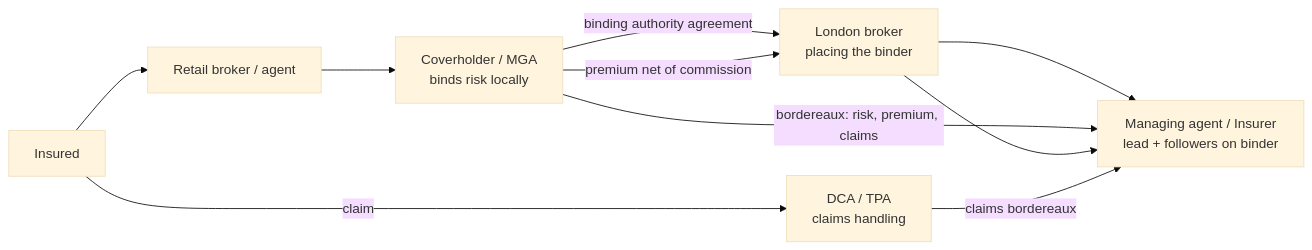
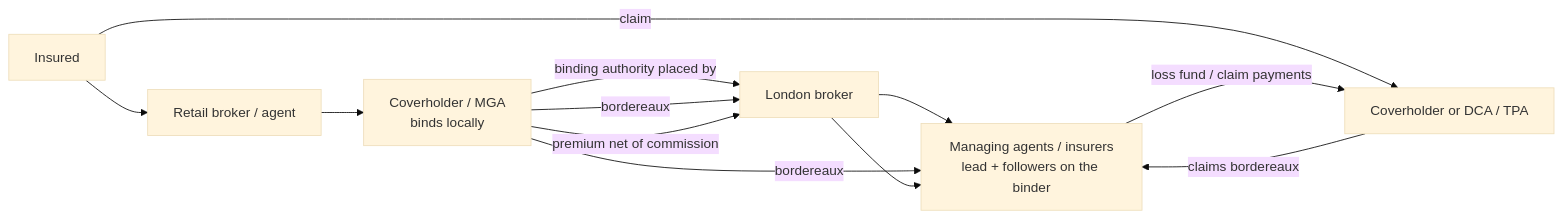
One commit to gazal-gupta/Insurance-Domain changed the first of 2 diagrams in london-market-lloyds-guide/05-Intermediate-Delegated-Authority.md. Above: the diagram before and after it, drawn with Mermaid (base theme). The commit also changed other lines of this file, not shown here.

First line of the commit message:
Rewrite chapter 05 delegated authority in full detail

````diff
--- a/london-market-lloyds-guide/05-Intermediate-Delegated-Authority.md
+++ b/london-market-lloyds-guide/05-Intermediate-Delegated-Authority.md
@@ -27,11 +46,13 @@
 ```mermaid
 flowchart LR
   I[Insured] --> RB[Retail broker / agent]
-  RB --> CH[Coverholder / MGA<br/>binds risk locally]
-  CH -- binding authority agreement --> LB[London broker<br/>placing the binder]
-  LB --> MA[Managing agent / Insurer<br/>lead + followers on binder]
-  CH -- bordereaux: risk, premium, claims --> MA
+  RB --> CH[Coverholder / MGA<br/>binds locally]
+  CH -- binding authority placed by --> LB[London broker]
+  LB --> MA[Managing agents / insurers<br/>lead + followers on the binder]
+  CH -- bordereaux --> LB
+  CH -- bordereaux --> MA
   CH -- premium net of commission --> LB --> MA
-  DCA[DCA / TPA<br/>claims handling] -- claims bordereaux --> MA
-  I -- claim --> DCA
+  I -- claim --> DCA[Coverholder or DCA / TPA]
+  DCA -- claims bordereaux --> MA
+  MA -- loss fund / claim payments --> DCA
 ```
````
